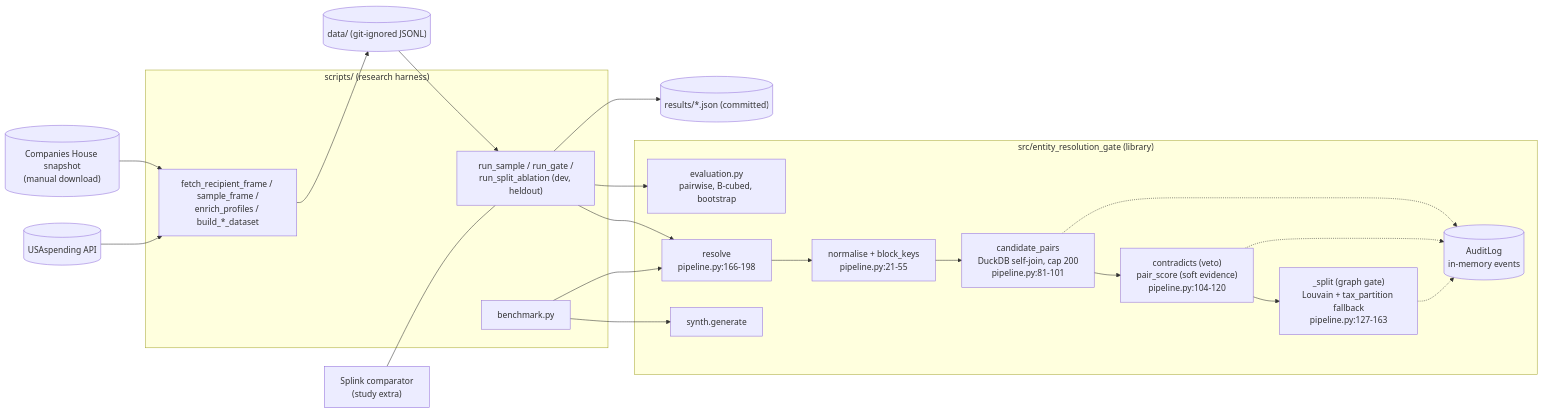
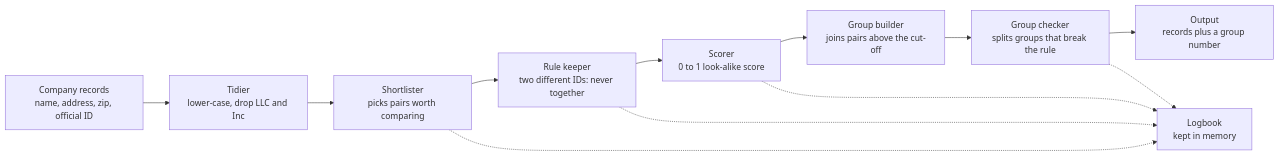
The third of 5 diagrams in entity-resolution-gate_MASTER_EXPLAINER.md (PCSchmidt/entity-resolution-gate), drawn with Mermaid before and after one commit. The commit also changed other lines of this file and 1 other file, not shown here.

First line of the commit message:
docs: replace the master explainer with a plain-language version and add evidence notes

````diff
--- a/entity-resolution-gate_MASTER_EXPLAINER.md
+++ b/entity-resolution-gate_MASTER_EXPLAINER.md
@@ -231,31 +179,14 @@
 ```mermaid
 flowchart LR
-    subgraph lib["src/entity_resolution_gate (library)"]
-        N["normalise + block_keys<br>pipeline.py:21-55"]
-        CP["candidate_pairs<br>DuckDB self-join, cap 200<br>pipeline.py:81-101"]
-        PD["contradicts (veto)<br>pair_score (soft evidence)<br>pipeline.py:104-120"]
-        GG["_split (graph gate)<br>Louvain + tax_partition fallback<br>pipeline.py:127-163"]
-        R["resolve<br>pipeline.py:166-198"]
-        LOG[("AuditLog<br>in-memory events")]
-        EV["evaluation.py<br>pairwise, B-cubed, bootstrap"]
-        SY["synth.generate"]
-        R --> N --> CP --> PD --> GG
-        CP -.-> LOG
-        PD -.-> LOG
-        GG -.-> LOG
-    end
-    subgraph harness["scripts/ (research harness)"]
-        F["fetch_recipient_frame / sample_frame /<br>enrich_profiles / build_*_dataset"]
-        RUN["run_sample / run_gate /<br>run_split_ablation (dev, heldout)"]
-        B["benchmark.py"]
-    end
-    EXT1[("USAspending API")] --> F
-    EXT2[("Companies House snapshot<br>(manual download)")] --> F
-    F --> DATA[("data/ (git-ignored JSONL)")] --> RUN
-    RUN --> R
-    RUN --> EV
-    RUN --> RES[("results/*.json (committed)")]
-    B --> SY
-    B --> R
-    SPL["Splink comparator<br>(study extra)"] --- RUN
+    A["Company records<br>name, address, zip, official ID"] --> B["Tidier<br>lower-case, drop LLC and Inc"]
+    B --> C["Shortlister<br>picks pairs worth comparing"]
+    C --> D["Rule keeper<br>two different IDs: never together"]
+    D --> E["Scorer<br>0 to 1 look-alike score"]
+    E --> F["Group builder<br>joins pairs above the cut-off"]
+    F --> G["Group checker<br>splits groups that break the rule"]
+    G --> H["Output<br>records plus a group number"]
+    D -.-> L["Logbook<br>kept in memory"]
+    E -.-> L
+    C -.-> L
+    G -.-> L
 ```
````
